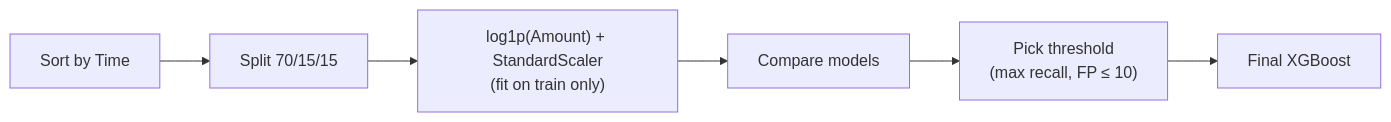
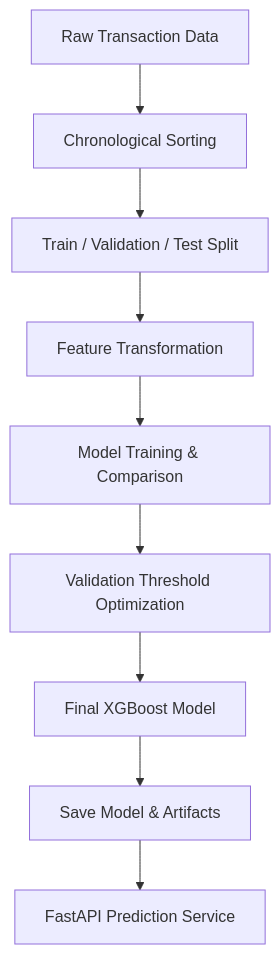
The first of 5 diagrams in README.md (KashishPundir/CreditCard-Fraud-Detection), drawn with Mermaid before and after one commit. The commit also changed other lines of this file, not shown here.

First line of the commit message:
Simplify model selection strategy description

````diff
--- a/README.md
+++ b/README.md
@@ -52,8 +114,11 @@
 ```mermaid
-flowchart LR
-    A[Sort by Time] --> B[Split 70/15/15]
-    B --> C["log1p(Amount) + StandardScaler<br/>(fit on train only)"]
-    C --> D[Compare models]
-    D --> E["Pick threshold<br/>(max recall, FP ≤ 10)"]
-    E --> F[Final XGBoost]
+flowchart TD
+    A[Raw Transaction Data] --> B[Chronological Sorting]
+    B --> C[Train / Validation / Test Split]
+    C --> D[Feature Transformation]
+    D --> E[Model Training & Comparison]
+    E --> F[Validation Threshold Optimization]
+    F --> G[Final XGBoost Model]
+    G --> H[Save Model & Artifacts]
+    H --> I[FastAPI Prediction Service]
 ```
````
